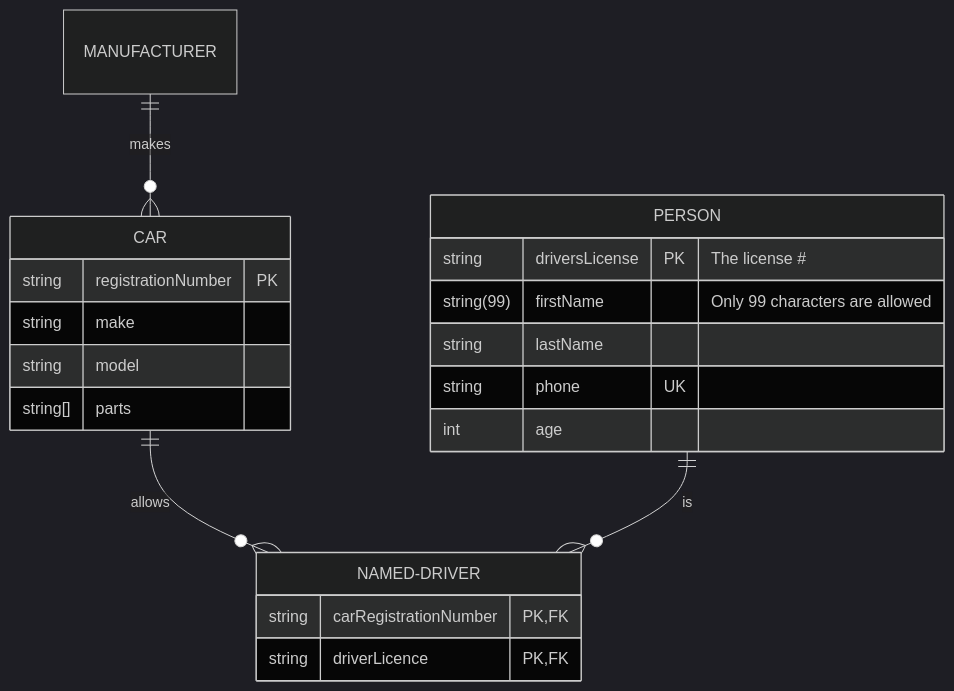
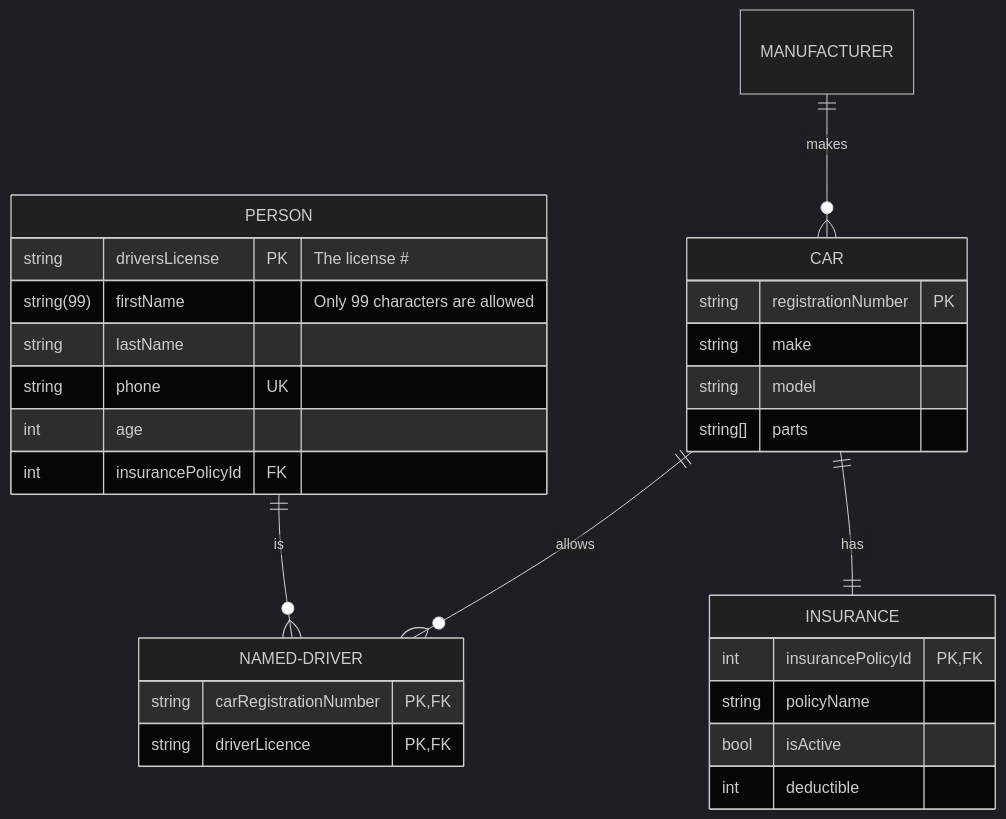
The diagram in test.mermaid (TryHarder01/TestDiagrams), drawn with Mermaid (dark theme) before and after one commit.

Commit message:
insurance table

```diff
--- a/test.mermaid
+++ b/test.mermaid
@@ -1,21 +1,29 @@
 erDiagram
     CAR ||--o{ NAMED-DRIVER : allows
+    CAR ||--|| INSURANCE : has
     CAR {
         string registrationNumber PK
         string make
         string model
         string[] parts
     }
     PERSON ||--o{ NAMED-DRIVER : is
     PERSON {
         string driversLicense PK "The license #"
         string(99) firstName "Only 99 characters are allowed"
         string lastName
         string phone UK
         int age
+        int insurancePolicyId FK
     }
     NAMED-DRIVER {
         string carRegistrationNumber PK, FK
         string driverLicence PK, FK
     }
+    INSURANCE {
+        int insurancePolicyId PK, FK
+        string policyName
+        bool isActive
+        int deductible
+    }
     MANUFACTURER only one to zero or more CAR : makes
```
